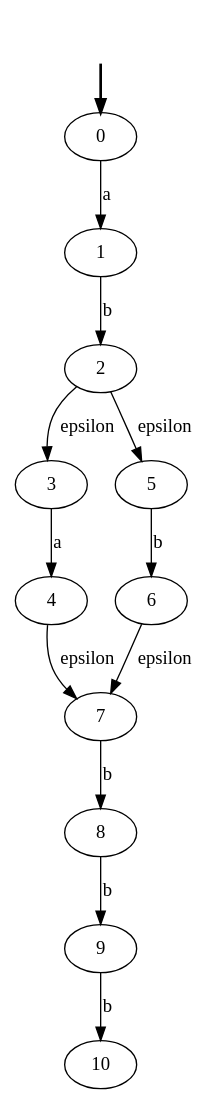
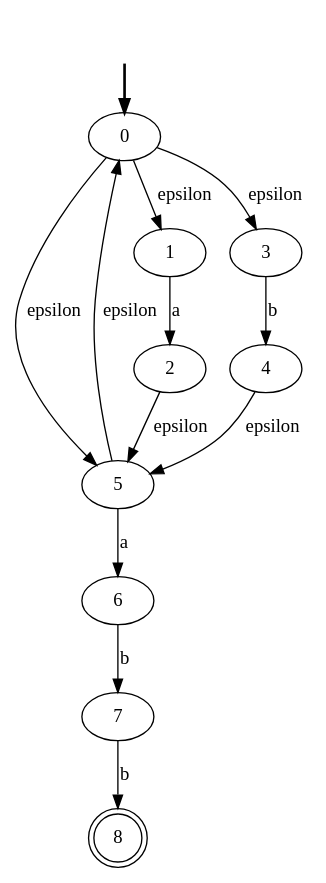
Before and after one commit to JDiegoS/Proyecto-1-DLP: the diagram in resultado.dot, drawn with Graphviz. The commit also changed 7 other files, not shown here.

```diff
--- a/resultado.dot
+++ b/resultado.dot
@@ -1,26 +1,24 @@
 digraph {
 	fake0 [style=invisible]
+	5
+	8 [shape=doublecircle]
+	4
 	0 [root=true]
-	4
+	1
 	2
-	10
 	3
-	5
-	8
-	1
-	9
 	7
 	6
 	fake0 -> 0 [style=bold]
-	0 -> 1 [label=a]
-	1 -> 2 [label=b]
-	2 -> 3 [label=epsilon]
+	5 -> 0 [label=epsilon]
+	0 -> 3 [label=epsilon]
+	0 -> 5 [label=epsilon]
+	0 -> 1 [label=epsilon]
+	1 -> 2 [label=a]
+	3 -> 4 [label=b]
 	2 -> 5 [label=epsilon]
-	3 -> 4 [label=a]
-	5 -> 6 [label=b]
-	4 -> 7 [label=epsilon]
-	6 -> 7 [label=epsilon]
+	4 -> 5 [label=epsilon]
+	5 -> 6 [label=a]
+	6 -> 7 [label=b]
 	7 -> 8 [label=b]
-	8 -> 9 [label=b]
-	9 -> 10 [label=b]
 }
```
